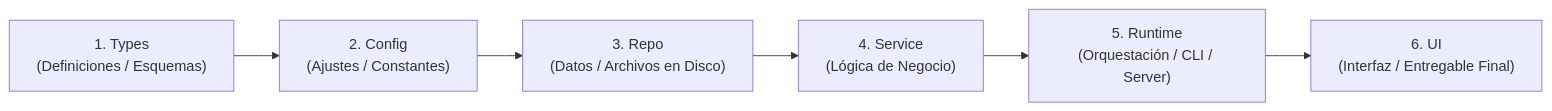
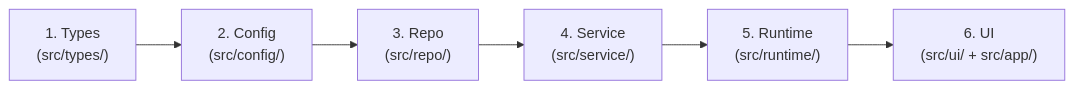
One commit to sebasD-mente/sebastian-web-Portafolio changed the first of 2 diagrams in ARCHITECTURE.md. Above: the diagram before and after it, drawn with Mermaid. The commit also changed other lines of this file and 9 other files, not shown here.

Commit message:
docs(arch): define dekolabs.org Stitch architecture and 6-feature DAG roadmap

````diff
--- a/ARCHITECTURE.md
+++ b/ARCHITECTURE.md
@@ -28,8 +30,8 @@
 ```mermaid
 flowchart LR
-    Types["1. Types<br/>(Definiciones / Esquemas)"] --> Config["2. Config<br/>(Ajustes / Constantes)"]
-    Config --> Repo["3. Repo<br/>(Datos / Archivos en Disco)"]
-    Repo --> Service["4. Service<br/>(Lógica de Negocio)"]
-    Service --> Runtime["5. Runtime<br/>(Orquestación / CLI / Server)"]
-    Runtime --> UI["6. UI<br/>(Interfaz / Entregable Final)"]
+    Types["1. Types<br/>(src/types/)"] --> Config["2. Config<br/>(src/config/)"]
+    Config --> Repo["3. Repo<br/>(src/repo/)"]
+    Repo --> Service["4. Service<br/>(src/service/)"]
+    Service --> Runtime["5. Runtime<br/>(src/runtime/)"]
+    Runtime --> UI["6. UI<br/>(src/ui/ + src/app/)"]
 ```
````
